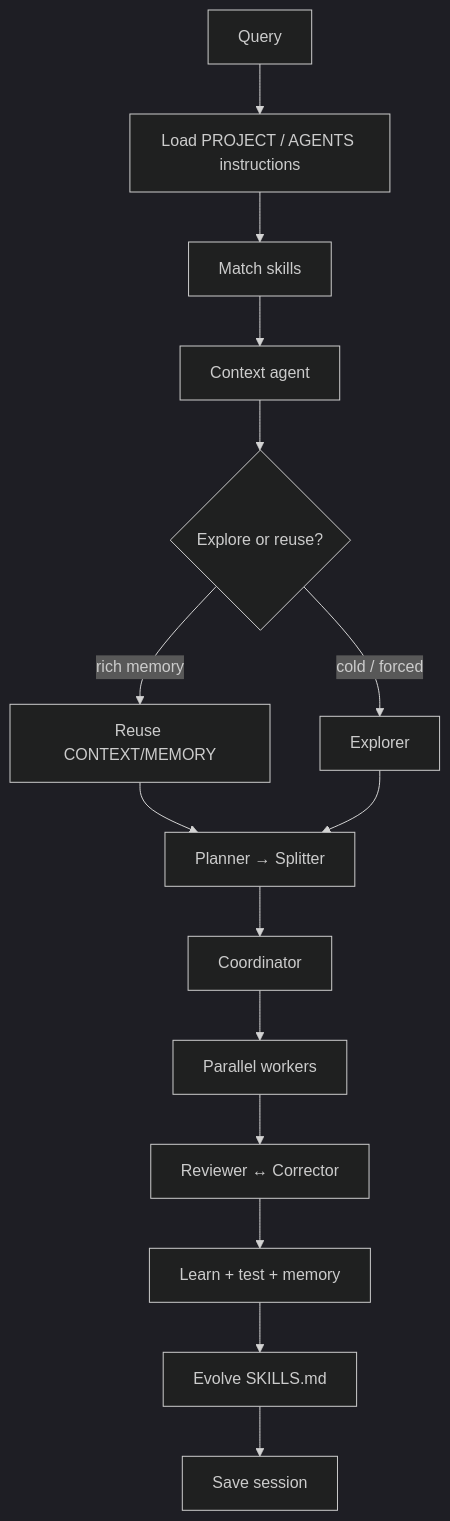
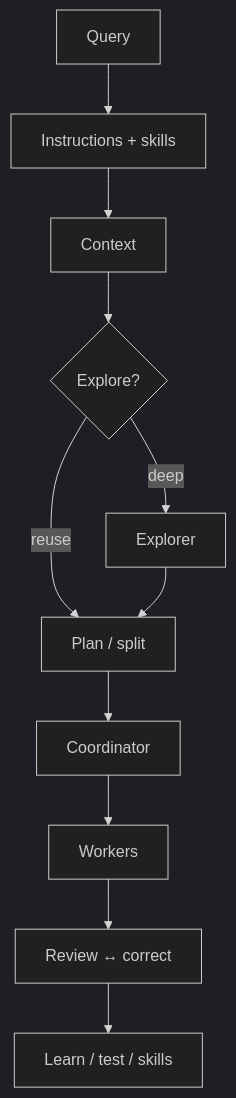
The diagram in docs/guide.md (UnicoLab/smlcode), drawn with Mermaid (dark theme) before and after one commit. The commit also changed other lines of this file and 21 other files, not shown here.

````diff
--- a/docs/guide.md
+++ b/docs/guide.md
@@ -32,17 +37,12 @@
 ```mermaid
 flowchart TD
-  Q[Query] --> I[Load PROJECT / AGENTS instructions]
-  I --> S[Match skills]
-  S --> C[Context agent]
-  C --> E{Explore or reuse?}
-  E -->|rich memory| R[Reuse CONTEXT/MEMORY]
-  E -->|cold / forced| X[Explorer]
-  R --> P[Planner → Splitter]
-  X --> P
+  Q[Query] --> I[Instructions + skills]
+  I --> C[Context]
+  C --> E{Explore?}
+  E -->|reuse| P[Plan / split]
+  E -->|deep| X[Explorer] --> P
   P --> Coord[Coordinator]
-  Coord --> W[Parallel workers]
-  W --> Rev[Reviewer ↔ Corrector]
-  Rev --> L[Learn + test + memory]
-  L --> Sk[Evolve SKILLS.md]
-  Sk --> Sess[Save session]
+  Coord --> W[Workers]
+  W --> R[Review ↔ correct]
+  R --> L[Learn / test / skills]
 ```
````
